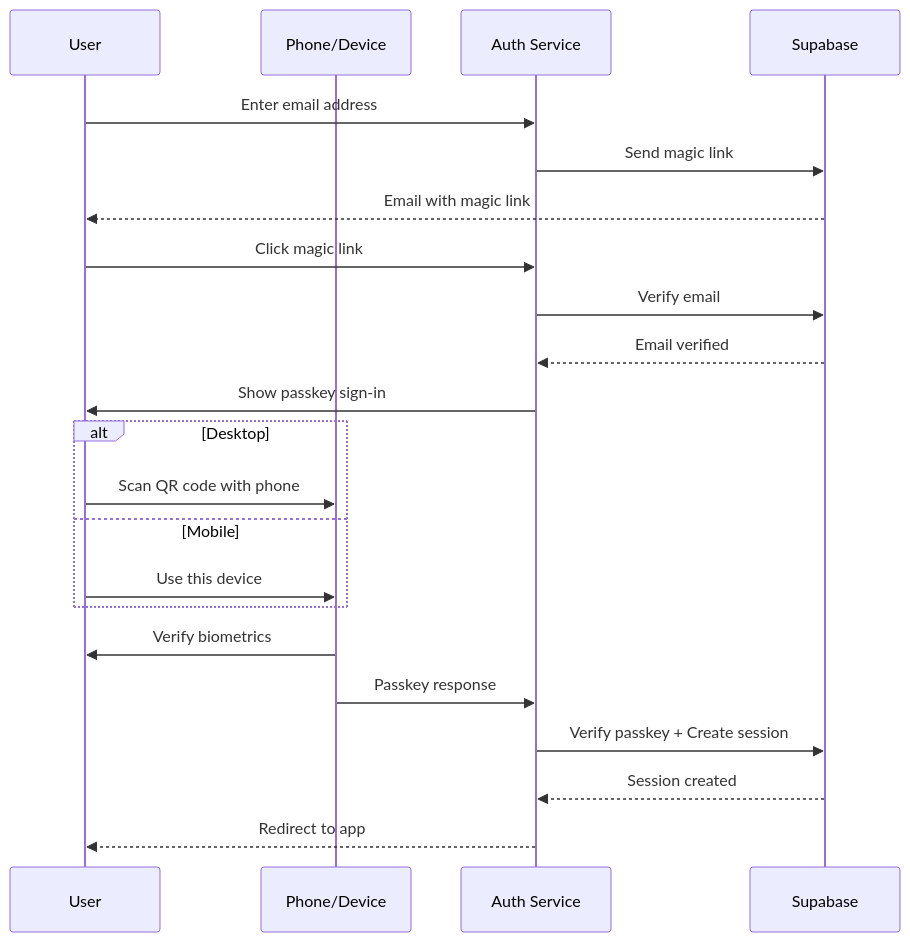
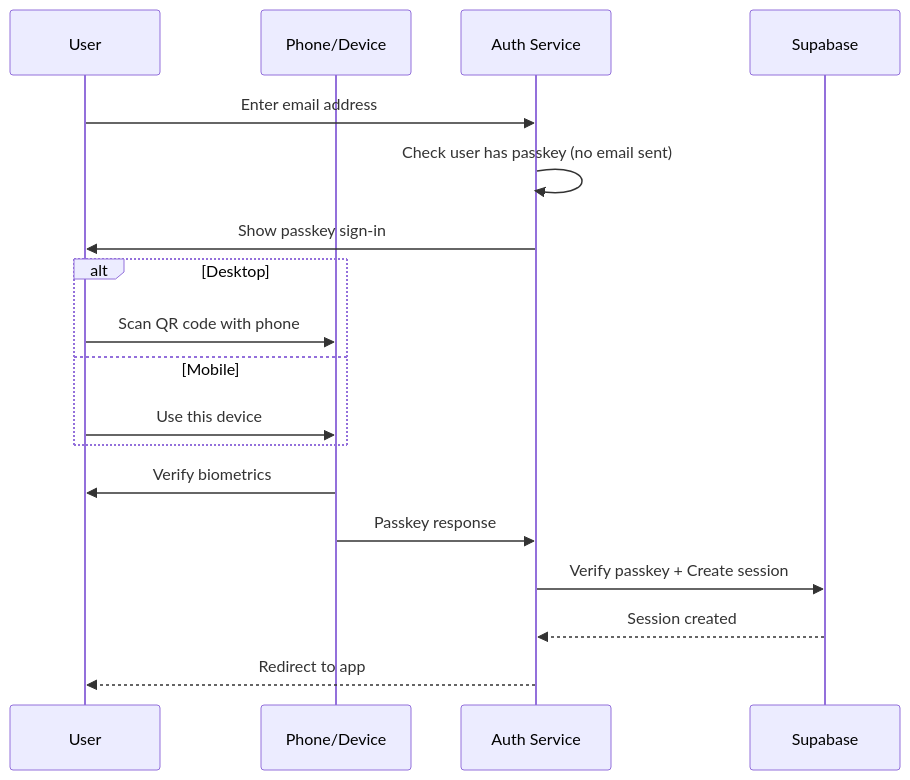
The second of 2 diagrams in README.md (CasparRubin/helvety-auth), drawn with Mermaid before and after one commit. The commit also changed other lines of this file and 22 other files, not shown here.

Commit message:
chore: shared code sync, passkey and sendMagicLink test fixes

````diff
--- a/README.md
+++ b/README.md
@@ -78,25 +82,21 @@
 ```mermaid
 sequenceDiagram
     participant U as User
     participant P as Phone/Device
     participant A as Auth Service
     participant S as Supabase
 
     U->>A: Enter email address
-    A->>S: Send magic link
-    S-->>U: Email with magic link
-    U->>A: Click magic link
-    A->>S: Verify email
-    S-->>A: Email verified
+    A->>A: Check user has passkey (no email sent)
     A->>U: Show passkey sign-in
     alt Desktop
       U->>P: Scan QR code with phone
     else Mobile
       U->>P: Use this device
     end
     P->>U: Verify biometrics
     P->>A: Passkey response
     A->>S: Verify passkey + Create session
     S-->>A: Session created
     A-->>U: Redirect to app
 ```
````
